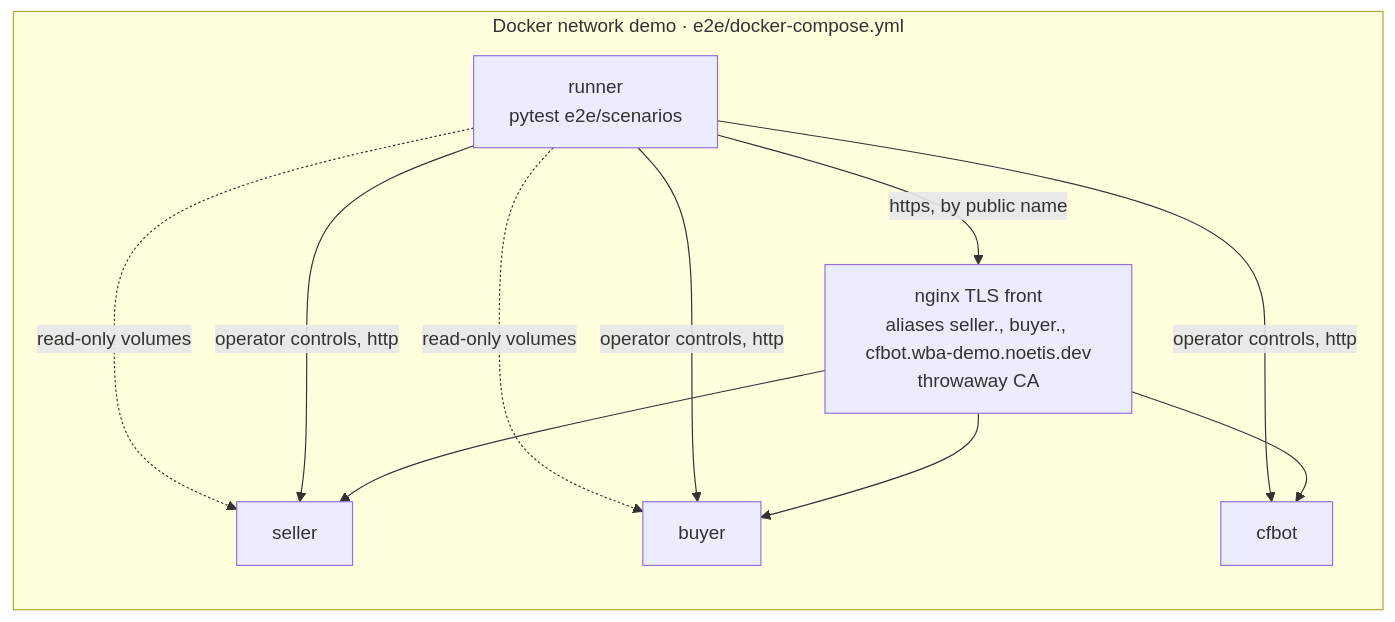
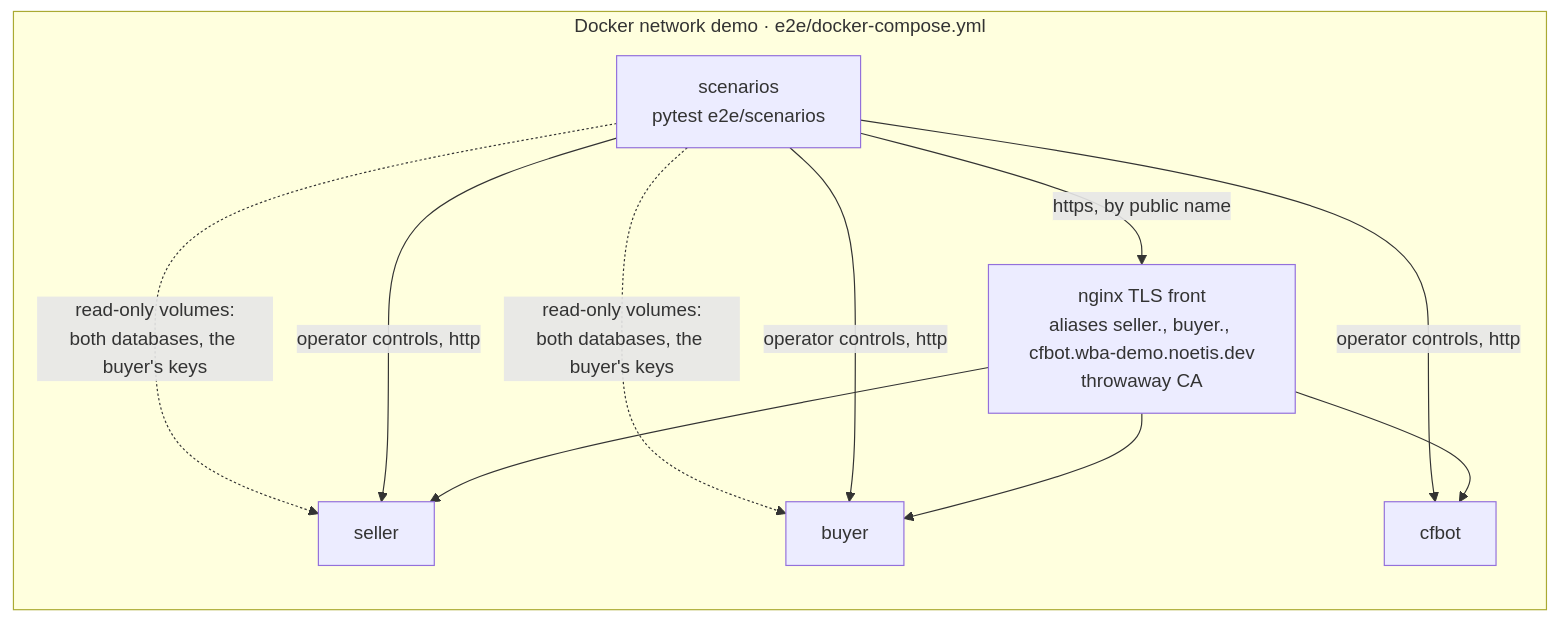
Before and after one commit to KonstantinMirin/openproposal-web-bot-auth: the sixth of 7 diagrams in README.md, drawn with Mermaid. The commit also changed other lines of this file and 44 other files, not shown here.

First line of the commit message:
Build the observation layer and keep agent keys out of the runner

````diff
--- a/README.md
+++ b/README.md
@@ -261,14 +261,14 @@
 ```mermaid
 flowchart LR
     subgraph net[Docker network demo · e2e/docker-compose.yml]
         F[nginx TLS front<br/>aliases seller., buyer., cfbot.wba-demo.noetis.dev<br/>throwaway CA]
         S[seller] 
         B[buyer]
         C[cfbot]
-        R[runner<br/>pytest e2e/scenarios]
+        T[scenarios<br/>pytest e2e/scenarios]
         F --> S & B & C
-        R -- "https, by public name" --> F
-        R -- "operator controls, http" --> S & B & C
-        R -. "read-only volumes" .-> S & B
+        T -- "https, by public name" --> F
+        T -- "operator controls, http" --> S & B & C
+        T -. "read-only volumes:<br/>both databases, the buyer's keys" .-> S & B
     end
 ```
````
